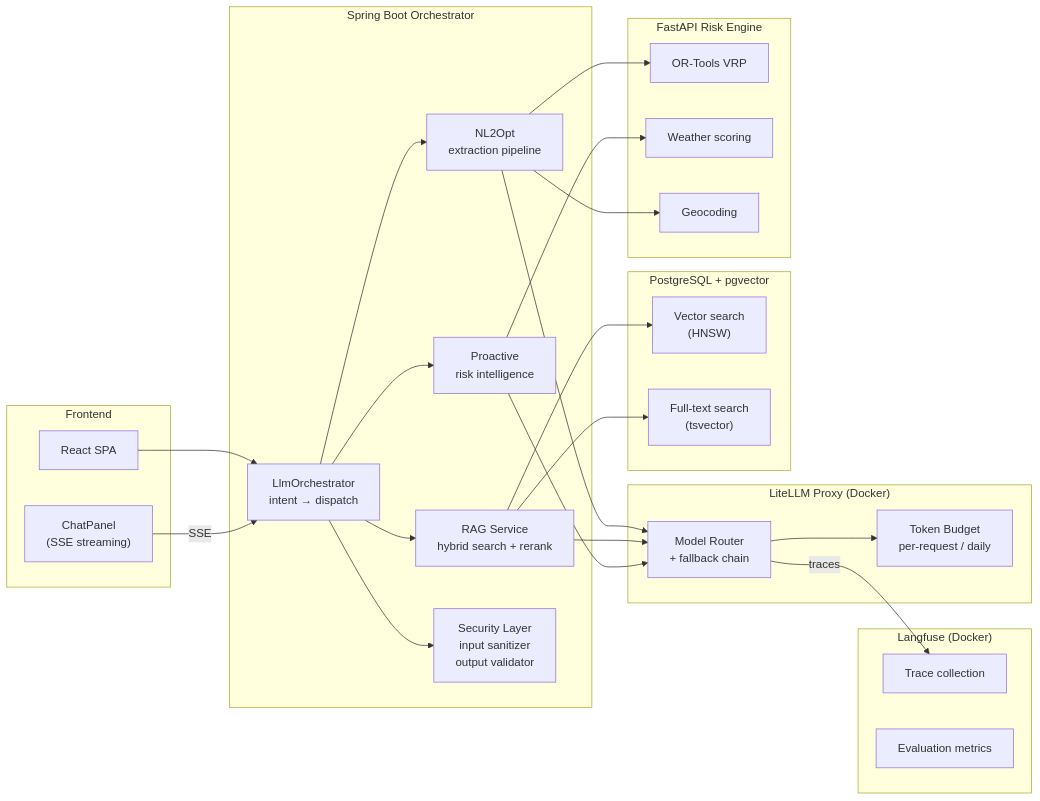
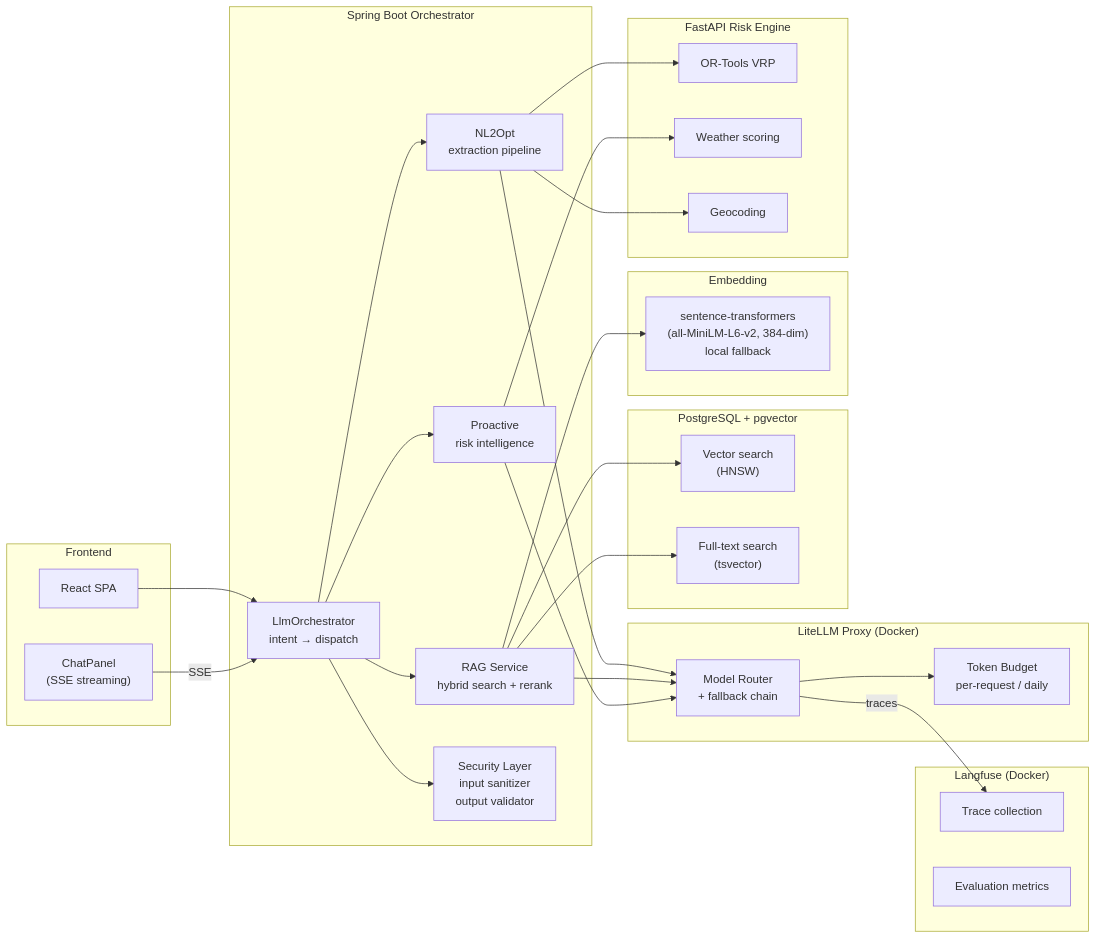
Before and after one commit to signalgap9-del/peachtree-dispatch: the first of 6 diagrams in docs/architecture/llm-integration.md, drawn with Mermaid. The commit also changed other lines of this file and 8 other files, not shown here.

````diff
--- a/docs/architecture/llm-integration.md
+++ b/docs/architecture/llm-integration.md
@@ -13,53 +16,58 @@
 ```mermaid
 flowchart LR
     subgraph Frontend
         SPA["React SPA"]
         Chat["ChatPanel<br/>(SSE streaming)"]
     end
 
     subgraph Spring["Spring Boot Orchestrator"]
         Orch["LlmOrchestrator<br/>intent → dispatch"]
         NL2Opt["NL2Opt<br/>extraction pipeline"]
         RAG["RAG Service<br/>hybrid search + rerank"]
         Proactive["Proactive<br/>risk intelligence"]
         Security["Security Layer<br/>input sanitizer<br/>output validator"]
     end
 
     subgraph Proxy["LiteLLM Proxy (Docker)"]
         Router["Model Router<br/>+ fallback chain"]
         Budget["Token Budget<br/>per-request / daily"]
     end
 
     subgraph Observability["Langfuse (Docker)"]
         Trace["Trace collection"]
         Eval["Evaluation metrics"]
     end
 
     subgraph Data["PostgreSQL + pgvector"]
         Vector["Vector search<br/>(HNSW)"]
         Keyword["Full-text search<br/>(tsvector)"]
     end
 
+    subgraph Embedding["Embedding"]
+        LocalEmb["sentence-transformers<br/>(all-MiniLM-L6-v2, 384-dim)<br/>local fallback"]
+    end
+
     subgraph RiskEngine["FastAPI Risk Engine"]
         Solver["OR-Tools VRP"]
         Weather["Weather scoring"]
         Geo["Geocoding"]
     end
 
     SPA --> Orch
     Chat -->|"SSE"| Orch
     Orch --> NL2Opt
     Orch --> RAG
     Orch --> Proactive
     Orch --> Security
     NL2Opt --> Router
     RAG --> Router
     Proactive --> Router
     Router --> Budget
     Router -->|"traces"| Trace
     RAG --> Vector
     RAG --> Keyword
+    RAG --> LocalEmb
     NL2Opt --> Geo
     NL2Opt --> Solver
     Proactive --> Weather
 ```
````
